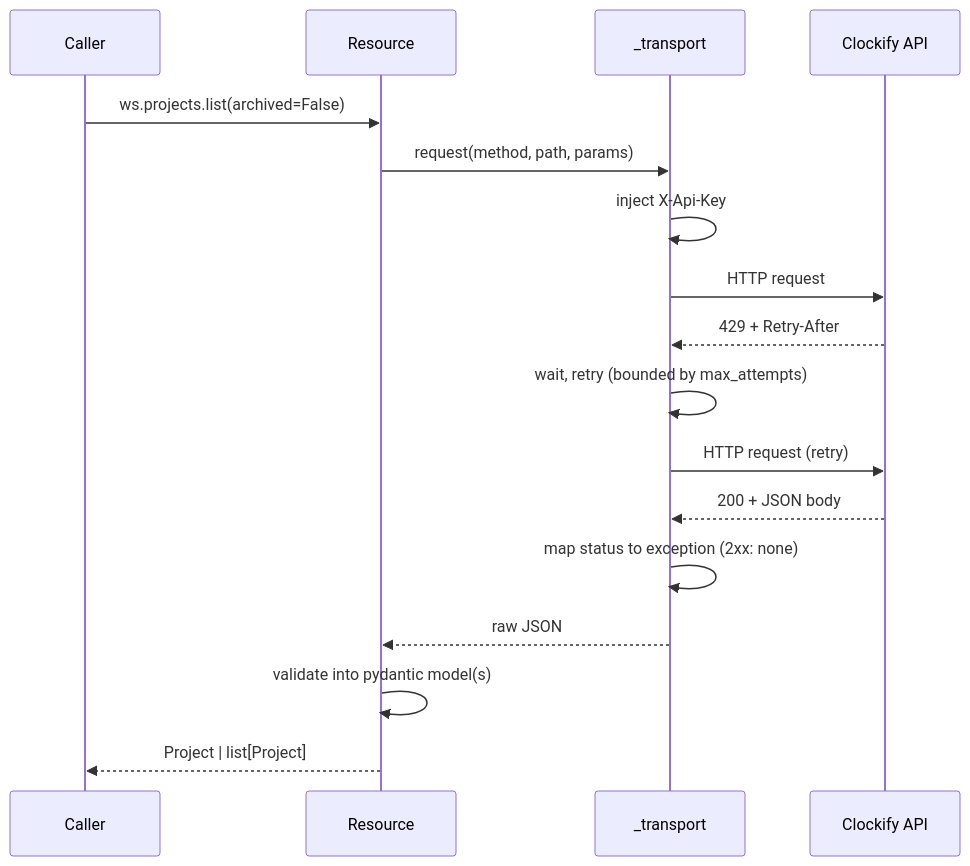
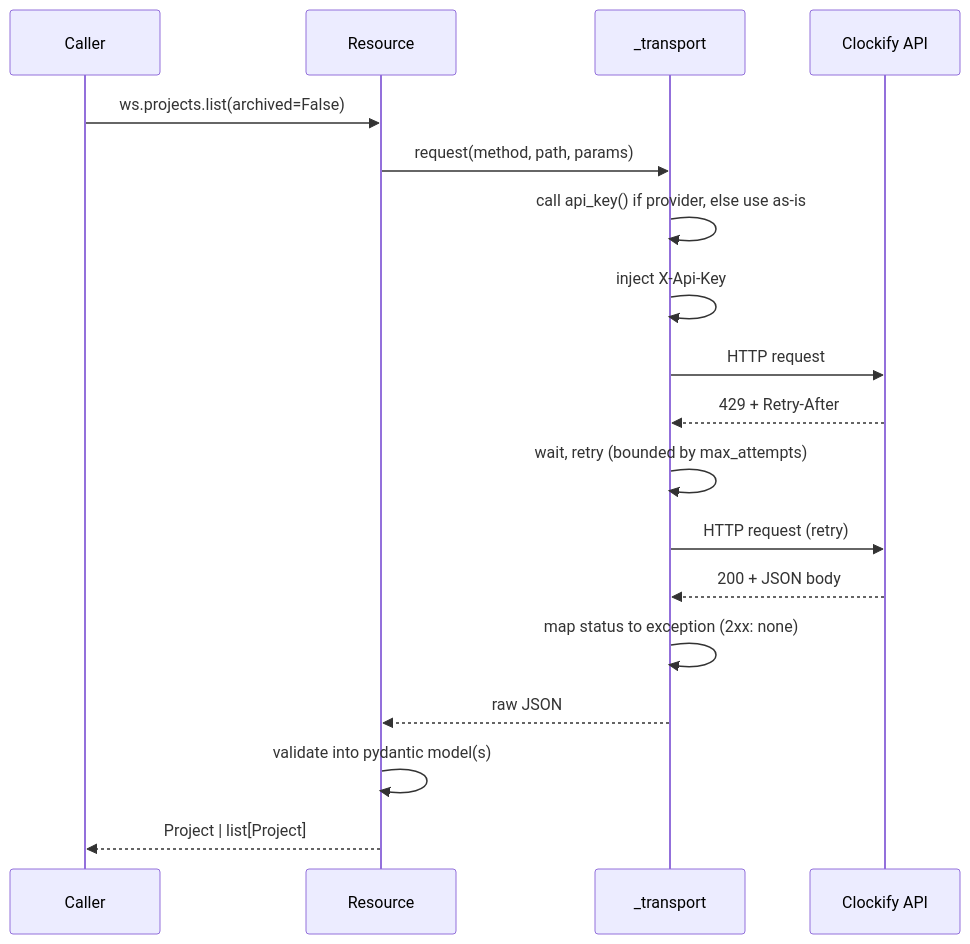
One commit to gajaguar/clockify-sdk changed the diagram in docs/sdk/request-lifecycle.md. Above: the diagram before and after it, drawn with Mermaid. The commit also changed 12 other files, not shown here.

First line of the commit message:
feat: support api key provider callbacks (#6)

````diff
--- a/docs/sdk/request-lifecycle.md
+++ b/docs/sdk/request-lifecycle.md
@@ -17,20 +17,21 @@
 ```mermaid
 sequenceDiagram
     participant Caller
     participant Resource
     participant Transport as _transport
     participant API as Clockify API
 
     Caller->>Resource: ws.projects.list(archived=False)
     Resource->>Transport: request(method, path, params)
+    Transport->>Transport: call api_key() if provider, else use as-is
     Transport->>Transport: inject X-Api-Key
     Transport->>API: HTTP request
     API-->>Transport: 429 + Retry-After
     Transport->>Transport: wait, retry (bounded by max_attempts)
     Transport->>API: HTTP request (retry)
     API-->>Transport: 200 + JSON body
     Transport->>Transport: map status to exception (2xx: none)
     Transport-->>Resource: raw JSON
     Resource->>Resource: validate into pydantic model(s)
     Resource-->>Caller: Project | list[Project]
 ```
````
